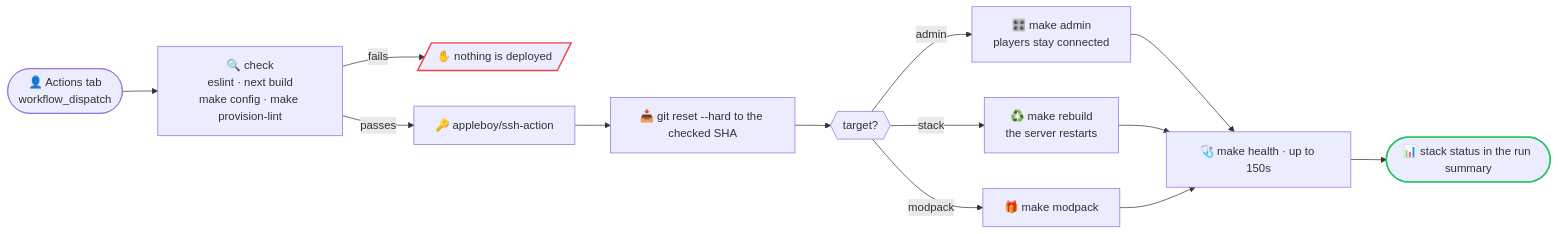
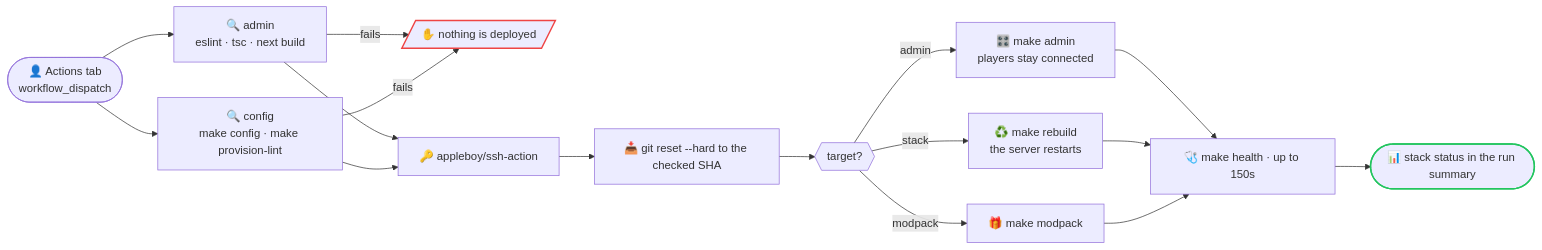
One commit to sacrificed666/minecraft-server changed the diagram in docs/deployment.md. Above: the diagram before and after it, drawn with Mermaid. The commit also changed other lines of this file and 90 other files, not shown here.

````diff
--- a/docs/deployment.md
+++ b/docs/deployment.md
@@ -132,18 +152,21 @@
 ```mermaid
 flowchart LR
-    Run(["👤 Actions tab<br/>workflow_dispatch"]) --> Check["🔍 check<br/>eslint · next build<br/>make config · make provision-lint"]
-    Check -- fails --> Stop[/"✋ nothing is deployed"/]
-    Check -- passes --> SSH["🔑 appleboy/ssh-action"]
+    Run(["👤 Actions tab<br/>workflow_dispatch"]) --> Panel["🔍 admin<br/>eslint · tsc · next build"]
+    Run --> Conf["🔍 config<br/>make config · make provision-lint"]
+    Panel -- fails --> Stop[/"✋ nothing is deployed"/]
+    Conf -- fails --> Stop
+    Panel --> SSH["🔑 appleboy/ssh-action"]
+    Conf --> SSH
     SSH --> Pull["📥 git reset --hard to the checked SHA"]
     Pull --> Target{{"target?"}}
     Target -->|admin| A["🎛️ make admin<br/>players stay connected"]
     Target -->|stack| B["♻️ make rebuild<br/>the server restarts"]
     Target -->|modpack| C["🎁 make modpack"]
     A --> Health["🩺 make health · up to 150s"]
     B --> Health
     C --> Health
     Health --> Summary(["📊 stack status in the run summary"])
 
     style Stop stroke:#ef4444,stroke-width:2px
     style Summary stroke:#22c55e,stroke-width:2px
 ```
````
